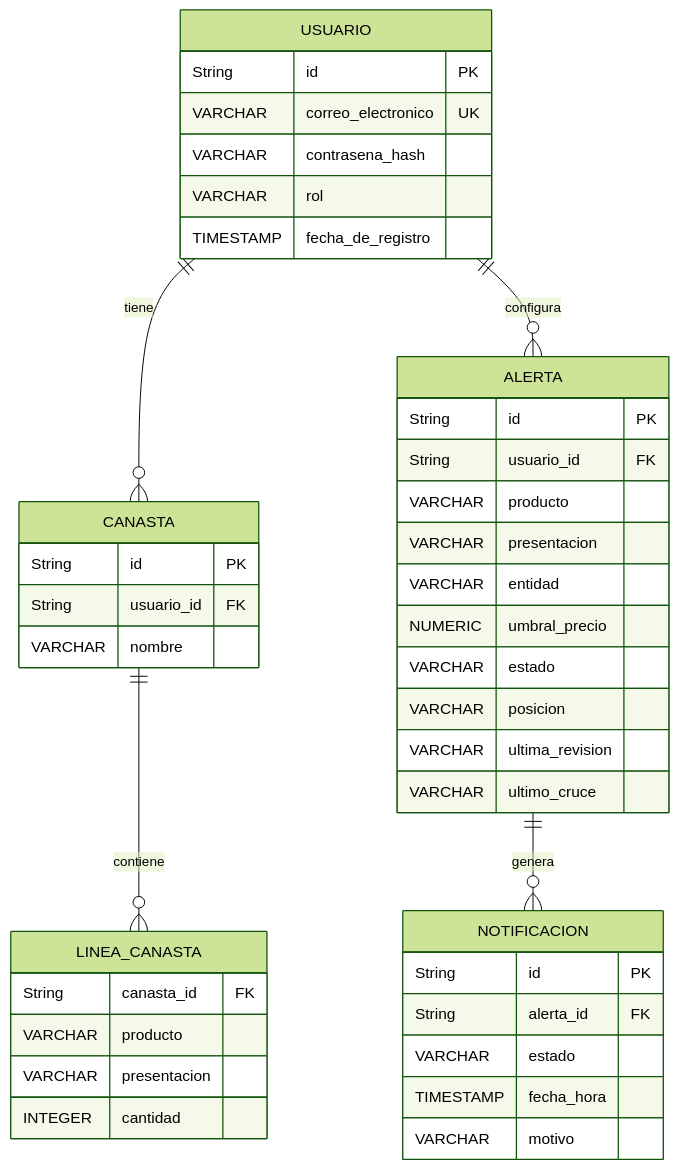
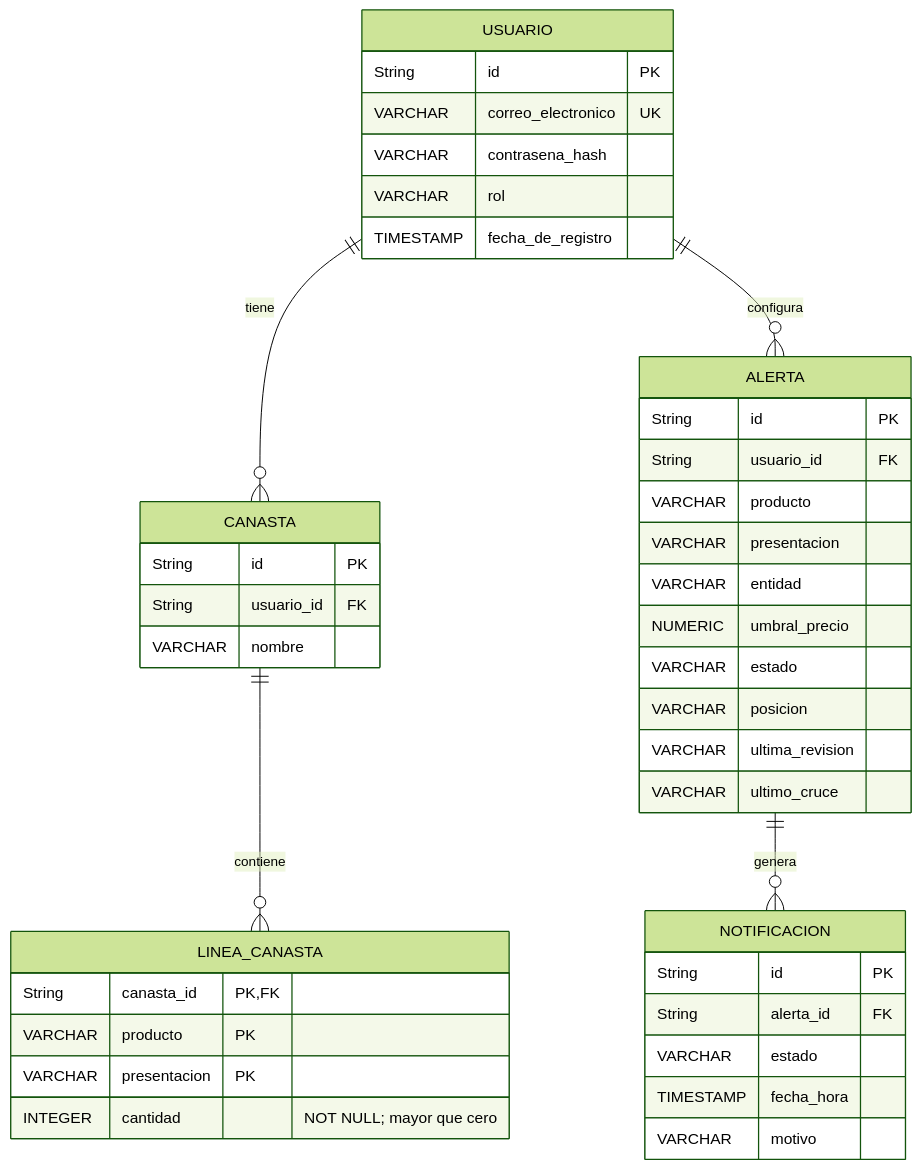
Before and after one commit to arik36/canastamx: the diagram in docs/analisis/modelo-er.md, drawn with Mermaid (forest theme). The commit also changed 19 other files, not shown here.

````diff
--- a/docs/analisis/modelo-er.md
+++ b/docs/analisis/modelo-er.md
@@ -5,50 +5,50 @@
 ```mermaid
 erDiagram
 
     USUARIO {
         String id PK
         VARCHAR correo_electronico UK
         VARCHAR contrasena_hash
         VARCHAR rol
         TIMESTAMP fecha_de_registro
     }
 
     CANASTA {
         String id PK
         String usuario_id FK
         VARCHAR nombre
     }
 
     LINEA_CANASTA {
-        String canasta_id FK
-        VARCHAR producto
-        VARCHAR presentacion
-        INTEGER cantidad
+        String canasta_id PK, FK
+        VARCHAR producto PK
+        VARCHAR presentacion PK
+        INTEGER cantidad "NOT NULL; mayor que cero"
     }
 
     ALERTA {
         String id PK
         String usuario_id FK
         VARCHAR producto
         VARCHAR presentacion
         VARCHAR entidad
         NUMERIC umbral_precio
         VARCHAR estado
         VARCHAR posicion
         VARCHAR ultima_revision
         VARCHAR ultimo_cruce
     }
 
     NOTIFICACION {
         String id PK
         String alerta_id FK
         VARCHAR estado
         TIMESTAMP fecha_hora
         VARCHAR motivo
     }
 
     USUARIO ||--o{ CANASTA : tiene
     USUARIO ||--o{ ALERTA : configura
     CANASTA ||--o{ LINEA_CANASTA : contiene
     ALERTA ||--o{ NOTIFICACION : genera
 ```
````
